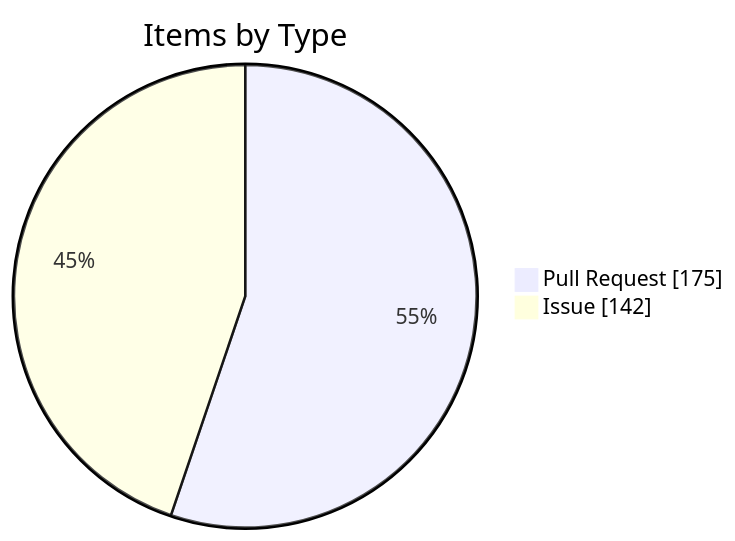
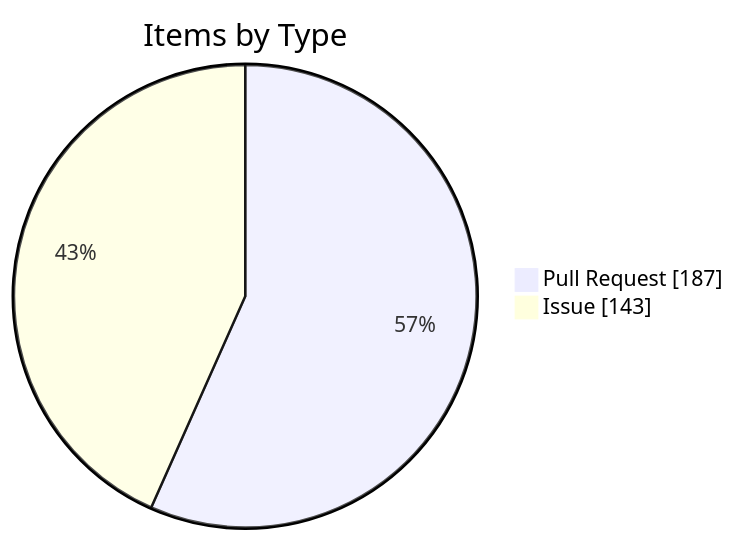
One commit to KBVE/kbve changed the fourth of 4 diagrams in apps/kbve/astro-kbve/src/content/docs/dashboard/kanban-data.mdx. Above: the diagram before and after it, drawn with Mermaid. The commit also changed other lines of this file and 8 other files, not shown here.

````diff
--- a/apps/kbve/astro-kbve/src/content/docs/dashboard/kanban-data.mdx
+++ b/apps/kbve/astro-kbve/src/content/docs/dashboard/kanban-data.mdx
@@ -116,6 +116,6 @@
 ```mermaid
 pie showData
     title Items by Type
-    "Pull Request" : 175
-    "Issue" : 142
+    "Pull Request" : 187
+    "Issue" : 143
 ```
````
